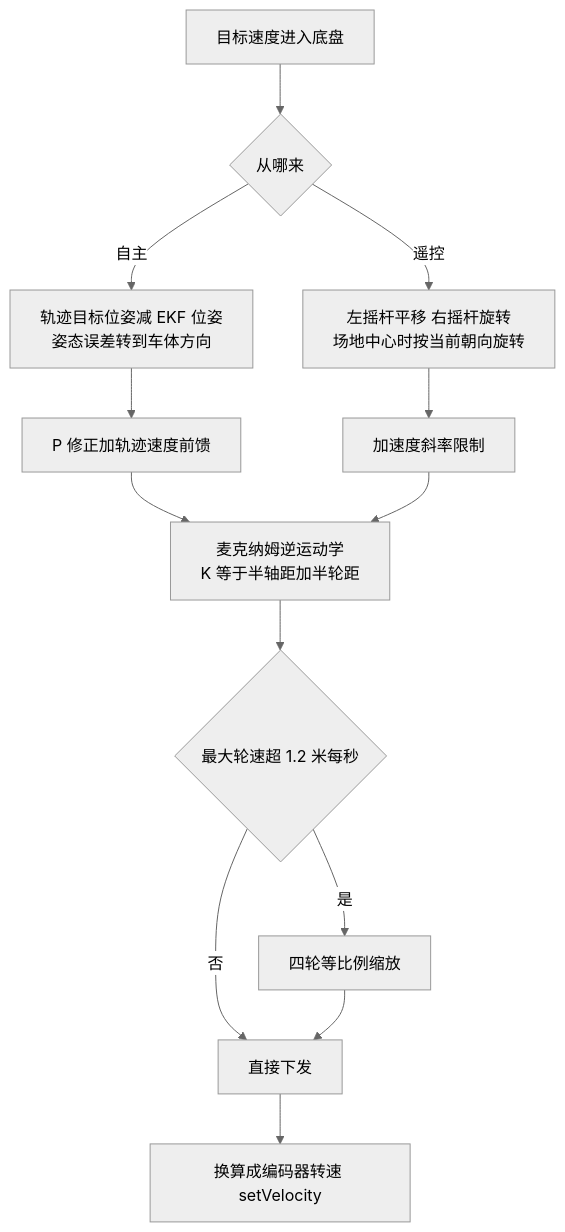
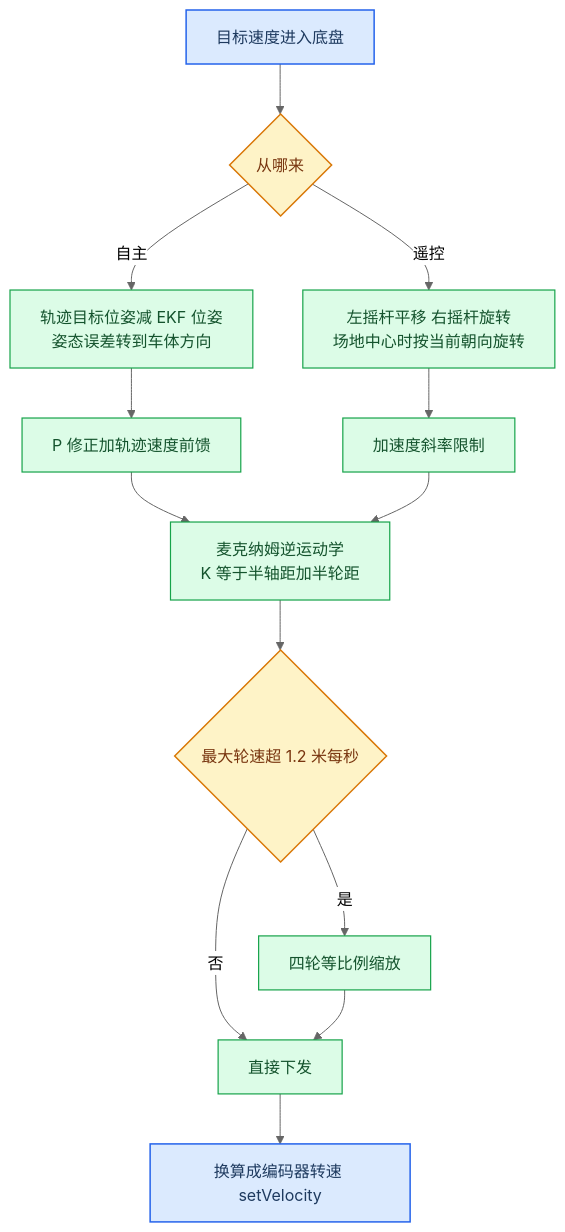
Before and after one commit to Maxxj333/KeystoneFTC-code: the first of 5 diagrams in README.md, drawn with Mermaid (neutral theme). The commit also changed other lines of this file, not shown here.

Commit message:
Colorize Mermaid flowcharts for drive, vision, mechanisms, autonomous and TeleOp

````diff
--- a/README.md
+++ b/README.md
@@ -19,15 +19,21 @@
 ```mermaid
 flowchart TD
     A["目标速度进入底盘"] --> B{"从哪来"}
     B -->|"自主"| C["轨迹目标位姿减 EKF 位姿<br/>姿态误差转到车体方向"]
     C --> D["P 修正加轨迹速度前馈"]
     B -->|"遥控"| E["左摇杆平移 右摇杆旋转<br/>场地中心时按当前朝向旋转"]
     E --> F["加速度斜率限制"]
     D --> G["麦克纳姆逆运动学<br/>K 等于半轴距加半轮距"]
     F --> G
     G --> H{"最大轮速超 1.2 米每秒"}
     H -->|"是"| I["四轮等比例缩放"]
     H -->|"否"| J["直接下发"]
     I --> J
     J --> K["换算成编码器转速 setVelocity"]
+    classDef start fill:#dbeafe,stroke:#2563eb,stroke-width:1.5px,color:#1e3a5f
+    classDef decision fill:#fef3c7,stroke:#d97706,stroke-width:1.5px,color:#78350f
+    classDef process fill:#dcfce7,stroke:#16a34a,stroke-width:1.2px,color:#14532d
+    class A,K start
+    class B,H decision
+    class C,D,E,F,G,I,J process
 ```
````
